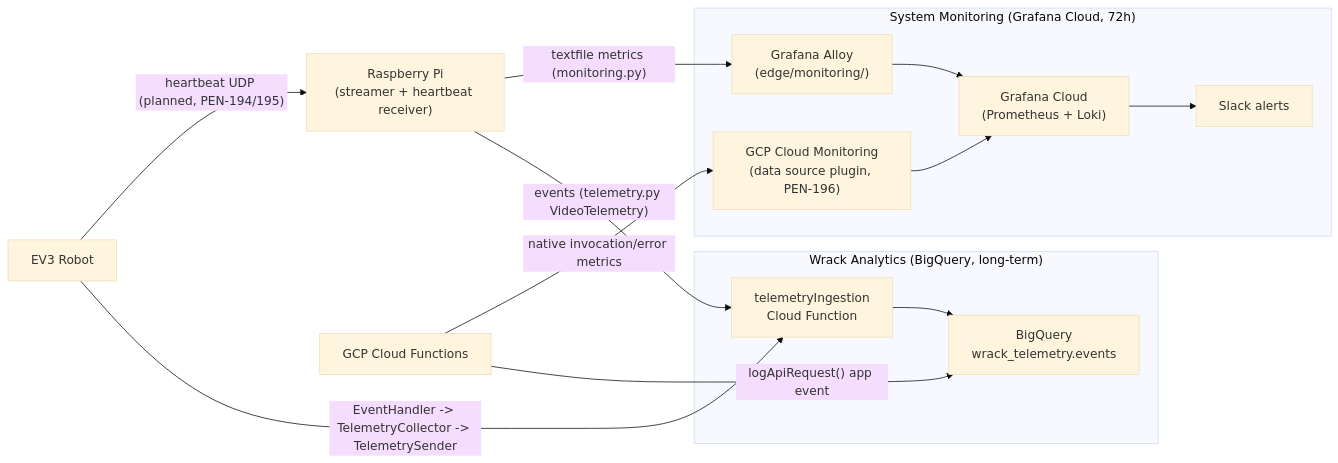
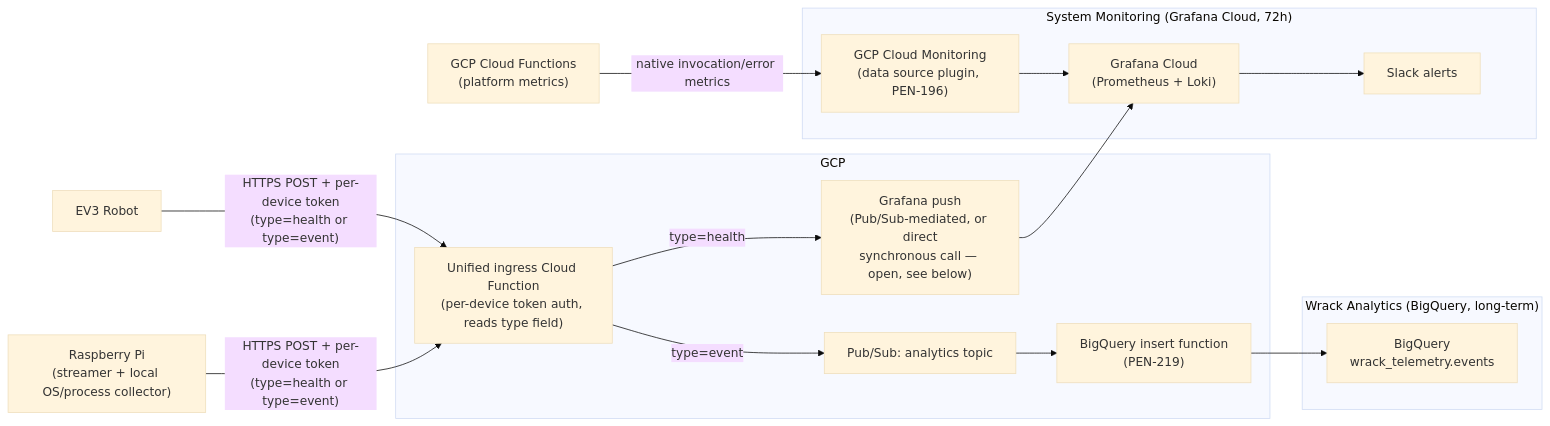
Before and after one commit to Pentagram-Software/wrack: the diagram in docs/monitoring/architecture.md, drawn with Mermaid (base theme). The commit also changed other lines of this file and 1 other file, not shown here.

First line of the commit message:
docs(monitoring): adopt unified Cloud Function ingress, drop Alloy and EV3-Pi coupling

````diff
--- a/docs/monitoring/architecture.md
+++ b/docs/monitoring/architecture.md
@@ -26,30 +31,33 @@
 ```mermaid
 flowchart LR
     EV3["EV3 Robot"]
-    Pi["Raspberry Pi\n(streamer + heartbeat receiver)"]
-    CF["GCP Cloud Functions"]
+    Pi["Raspberry Pi\n(streamer + local OS/process collector)"]
+
+    subgraph GCP["GCP"]
+        Ingress["Unified ingress Cloud Function\n(per-device token auth, reads type field)"]
+        TopicEvent["Pub/Sub: analytics topic"]
+        FnBQ["BigQuery insert function\n(PEN-219)"]
+        FnHealth["Grafana push\n(Pub/Sub-mediated, or direct\nsynchronous call — open, see below)"]
+    end
 
     subgraph Monitoring["System Monitoring (Grafana Cloud, 72h)"]
-        Alloy["Grafana Alloy\n(edge/monitoring/)"]
+        Grafana["Grafana Cloud\n(Prometheus + Loki)"]
         GCM["GCP Cloud Monitoring\n(data source plugin, PEN-196)"]
-        Grafana["Grafana Cloud\n(Prometheus + Loki)"]
         Slack["Slack alerts"]
     end
 
     subgraph Analytics["Wrack Analytics (BigQuery, long-term)"]
-        TelIngest["telemetryIngestion\nCloud Function"]
         BQ["BigQuery\nwrack_telemetry.events"]
     end
 
-    EV3 -- "heartbeat UDP (planned, PEN-194/195)" --> Pi
-    EV3 -- "EventHandler -> TelemetryCollector -> TelemetrySender" --> TelIngest
-    Pi -- "textfile metrics (monitoring.py)" --> Alloy
-    Pi -- "events (telemetry.py VideoTelemetry)" --> TelIngest
-    CF -- "native invocation/error metrics" --> GCM
-    CF -- "logApiRequest() app event" --> BQ
+    CF["GCP Cloud Functions\n(platform metrics)"]
 
-    Alloy --> Grafana
-    GCM --> Grafana
+    EV3 -- "HTTPS POST + per-device token\n(type=health or type=event)" --> Ingress
+    Pi -- "HTTPS POST + per-device token\n(type=health or type=event)" --> Ingress
+
+    Ingress -- "type=event" --> TopicEvent --> FnBQ --> BQ
+    Ingress -- "type=health" --> FnHealth --> Grafana
+
+    CF -- "native invocation/error metrics" --> GCM --> Grafana
     Grafana --> Slack
-    TelIngest --> BQ
 ```
````
